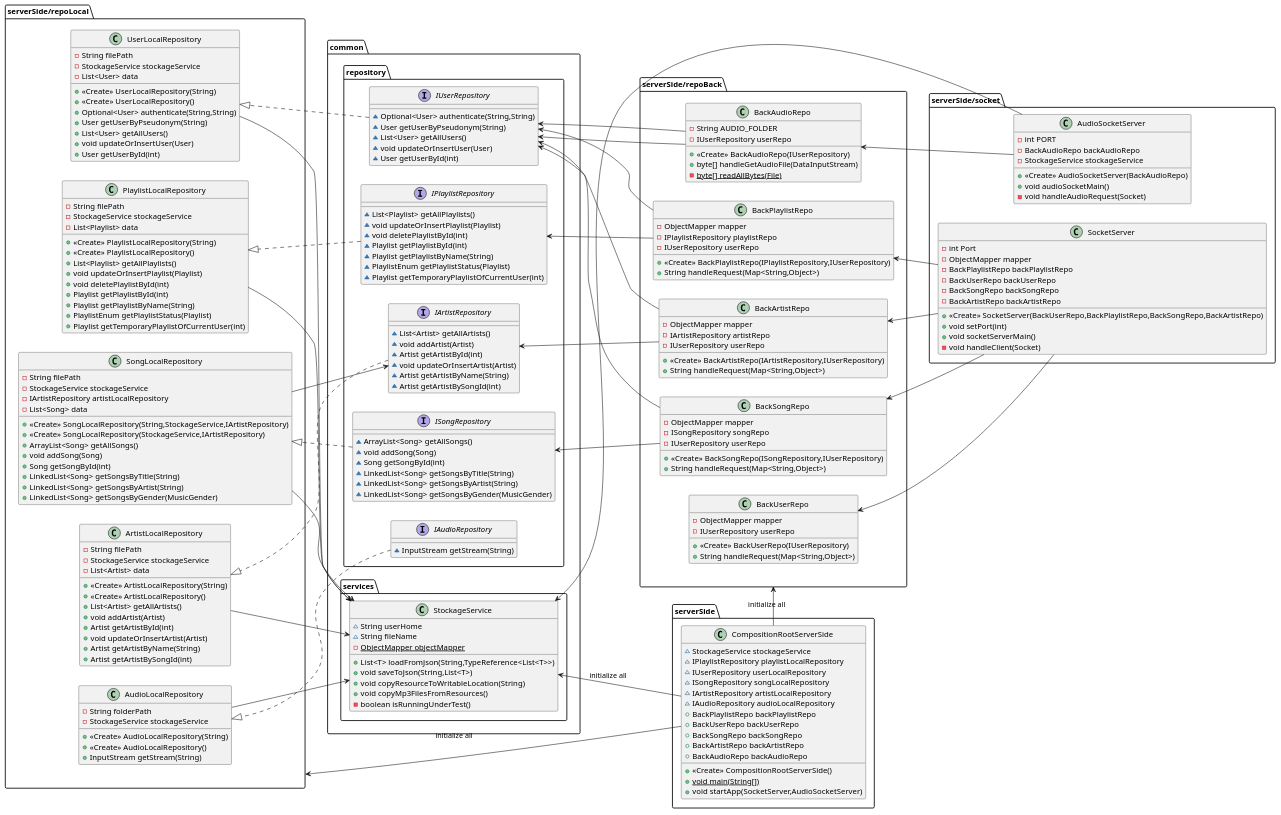
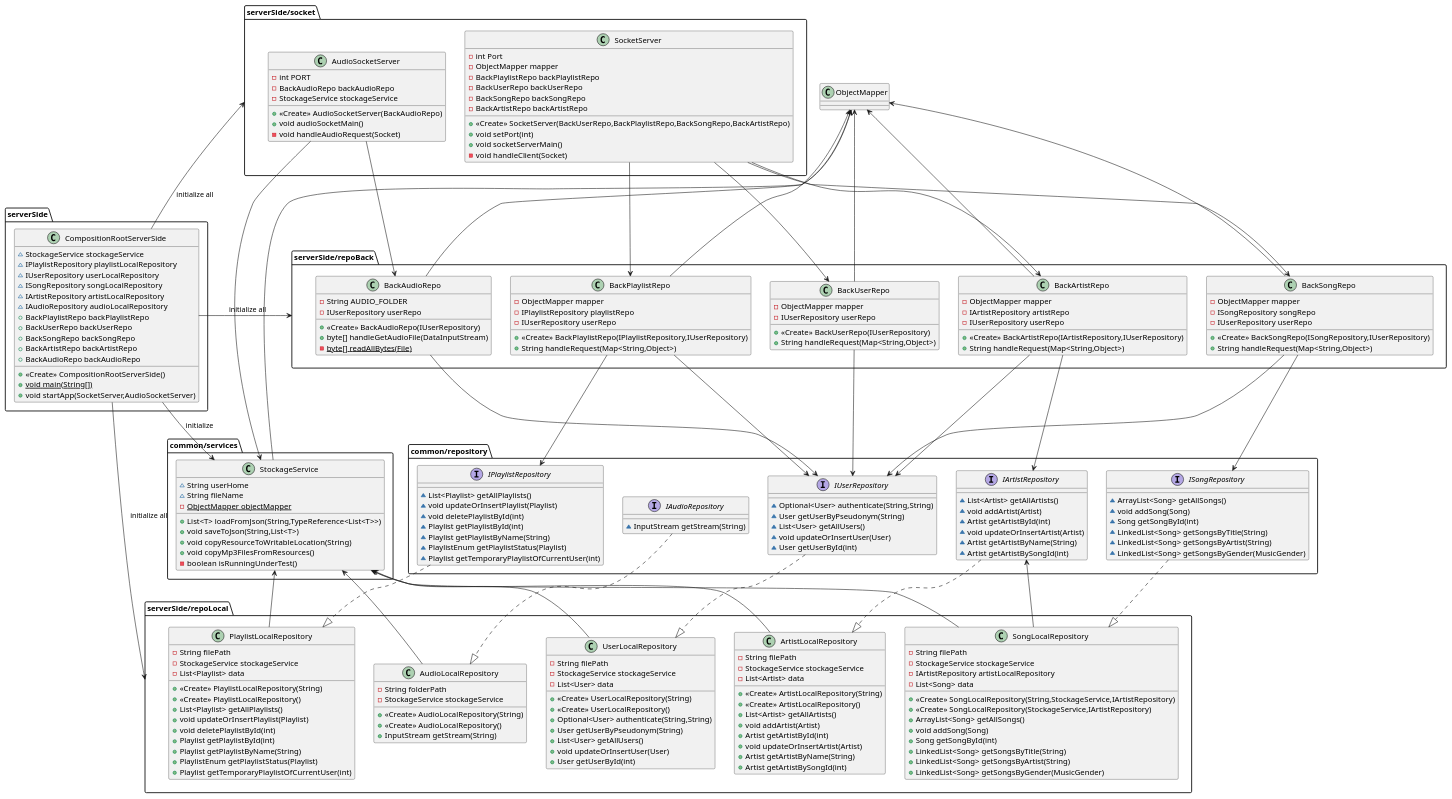
One commit to marionrossier/MiniSpotify changed the diagram in serverSide.puml. Above: the diagram before and after it, drawn with PlantUML.

Commit message:
refactor: update repository dependencies in serverSide.puml for improved clarity

```diff
--- a/serverSide.puml
+++ b/serverSide.puml
@@ -1,7 +1,7 @@
 @startuml
-left to right direction
+'left to right direction
 
-package common.repository {
+package common/repository {
     interface IUserRepository{
         ~ Optional<User> authenticate(String,String)
         ~ User getUserByPseudonym(String)
@@ -39,7 +39,7 @@
     }
 }
 
-package common.services {
+package common/services {
     class StockageService{
         ~ String userHome
         ~ String fileName
@@ -203,38 +203,48 @@
 
 
 '--- Dépendances avec -u-> ---
-"serverSide/repoBack.BackAudioRepo" -u-> common.repository.IUserRepository
-"serverSide/repoBack.BackAudioRepo" -u-> common.repository.IUserRepository
-"serverSide/repoBack.BackSongRepo" -u-> common.repository.ISongRepository
-"serverSide/repoBack.BackSongRepo" -u-> common.repository.IUserRepository
-"serverSide/repoBack.BackPlaylistRepo" -u-> common.repository.IPlaylistRepository
-"serverSide/repoBack.BackPlaylistRepo" -u-> common.repository.IUserRepository
-"serverSide/repoBack.BackArtistRepo" -u-> common.repository.IArtistRepository
-"serverSide/repoBack.BackArtistRepo" -u-> common.repository.IUserRepository
-"serverSide/repoLocal.SongLocalRepository" -d-> common.repository.IArtistRepository
+"serverSide/repoBack.BackAudioRepo" -d-> "common/repository.IUserRepository"
+"serverSide/repoBack.BackUserRepo" -d-> "common/repository.IUserRepository"
+"serverSide/repoBack.BackSongRepo" -d-> "common/repository.ISongRepository"
+"serverSide/repoBack.BackSongRepo" -d-> "common/repository.IUserRepository"
+"serverSide/repoBack.BackPlaylistRepo" -d-> "common/repository.IPlaylistRepository"
+"serverSide/repoBack.BackPlaylistRepo" -d-> "common/repository.IUserRepository"
+"serverSide/repoBack.BackArtistRepo" -d-> "common/repository.IArtistRepository"
+"serverSide/repoBack.BackArtistRepo" -d-> "common/repository.IUserRepository"
+"serverSide/repoLocal.SongLocalRepository" -d-> "common/repository.IArtistRepository"
 
-"serverSide/repoLocal.SongLocalRepository" -d-> common.services.StockageService
-"serverSide/repoLocal.PlaylistLocalRepository" -d-> common.services.StockageService
-"serverSide/repoLocal.UserLocalRepository" -d-> common.services.StockageService
-"serverSide/repoLocal.ArtistLocalRepository" -d-> common.services.StockageService
-"serverSide/repoLocal.AudioLocalRepository" -d-> common.services.StockageService
+"serverSide/repoLocal.SongLocalRepository" -u-> "common/services.StockageService"
+"serverSide/repoLocal.PlaylistLocalRepository" -u-> "common/services.StockageService"
+"serverSide/repoLocal.UserLocalRepository" -u-> "common/services.StockageService"
+"serverSide/repoLocal.ArtistLocalRepository" -u-> "common/services.StockageService"
+"serverSide/repoLocal.AudioLocalRepository" -u-> "common/services.StockageService"
 
-"serverSide/socket.AudioSocketServer" -u-> "serverSide/repoBack.BackAudioRepo"
-"serverSide/socket.AudioSocketServer" -u-> common.services.StockageService
-"serverSide/socket.SocketServer" -u-> "serverSide/repoBack.BackPlaylistRepo"
-"serverSide/socket.SocketServer" -u-> "serverSide/repoBack.BackUserRepo"
-"serverSide/socket.SocketServer" -u-> "serverSide/repoBack.BackSongRepo"
-"serverSide/socket.SocketServer" -u-> "serverSide/repoBack.BackArtistRepo"
+"serverSide/socket.AudioSocketServer" -d-> "serverSide/repoBack.BackAudioRepo"
+"serverSide/socket.AudioSocketServer" -d-> "common/services.StockageService"
+"serverSide/socket.SocketServer" -d-> "serverSide/repoBack.BackPlaylistRepo"
+"serverSide/socket.SocketServer" -d-> "serverSide/repoBack.BackUserRepo"
+"serverSide/socket.SocketServer" -d-> "serverSide/repoBack.BackSongRepo"
+"serverSide/socket.SocketServer" -d-> "serverSide/repoBack.BackArtistRepo"
 
 "serverSide.CompositionRootServerSide" -r-> "serverSide/repoBack"  : initialize all
-"serverSide.CompositionRootServerSide" -u-> "serverSide/repoLocal"  : initialize all
-"serverSide.CompositionRootServerSide" -u-> "common.services.StockageService"  : initialize all
+"serverSide.CompositionRootServerSide" -r-> "serverSide/repoLocal"  : initialize all
+"serverSide.CompositionRootServerSide" -r-> "common/services.StockageService"  : initialize
+"serverSide.CompositionRootServerSide" -u-> "serverSide/socket"  : initialize all
+
+"serverSide/repoBack.BackAudioRepo" -u-> ObjectMapper
+"serverSide/repoBack.BackPlaylistRepo" -u-> ObjectMapper
+"serverSide/repoBack.BackUserRepo" -u-> ObjectMapper
+"serverSide/repoBack.BackArtistRepo" -u-> ObjectMapper
+"serverSide/repoBack.BackSongRepo" -u-> ObjectMapper
+"common/services.StockageService" -u-> ObjectMapper
 
 '--- Implémentations des interfaces par les repositories locaux avec ..u.|> ---
-common.repository.ISongRepository ..|> "serverSide/repoLocal.SongLocalRepository"
-common.repository.IPlaylistRepository ..|> "serverSide/repoLocal.PlaylistLocalRepository"
-common.repository.IUserRepository ..|> "serverSide/repoLocal.UserLocalRepository"
-common.repository.IArtistRepository ..|> "serverSide/repoLocal.ArtistLocalRepository"
-common.repository.IAudioRepository ..|> "serverSide/repoLocal.AudioLocalRepository"
+"common/repository.ISongRepository" ..|> "serverSide/repoLocal.SongLocalRepository"
+"common/repository.IPlaylistRepository" ..|> "serverSide/repoLocal.PlaylistLocalRepository"
+"common/repository.IUserRepository" ..|> "serverSide/repoLocal.UserLocalRepository"
+"common/repository.IArtistRepository" ..|> "serverSide/repoLocal.ArtistLocalRepository"
+"common/repository.IAudioRepository" ..|> "serverSide/repoLocal.AudioLocalRepository"
+
+"common/repository.IAudioRepository" -[hidden]r-> "common/repository.IPlaylistRepository"
 
 @enduml
```
